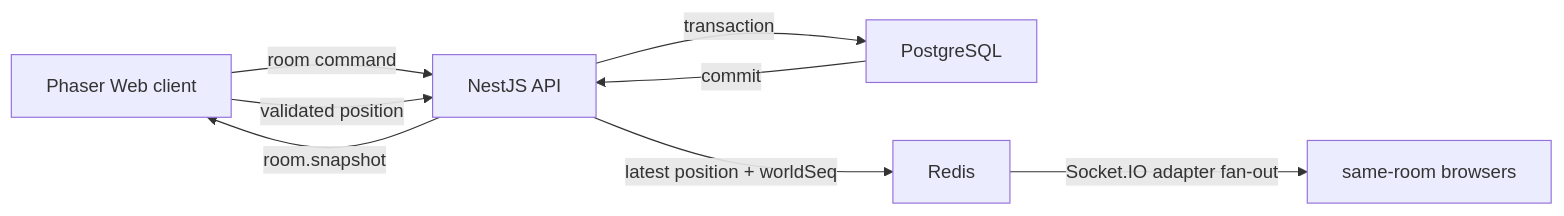
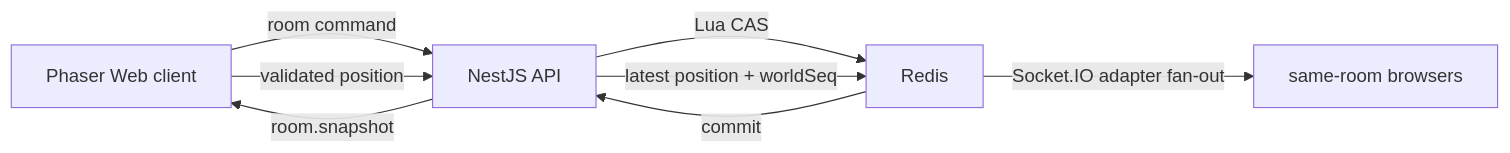
One commit to icecokel/VSCoke changed the second of 2 diagrams in docs/poke-lounge-game-concept.md. Above: the diagram before and after it, drawn with Mermaid. The commit also changed other lines of this file and 42 other files, not shown here.

````diff
--- a/docs/poke-lounge-game-concept.md
+++ b/docs/poke-lounge-game-concept.md
@@ -85,10 +85,10 @@
 ```mermaid
 flowchart LR
   Web["Phaser Web client"] -->|"room command"| API["NestJS API"]
-  API -->|"transaction"| DB["PostgreSQL"]
-  DB -->|"commit"| API
+  API -->|"Lua CAS"| Redis["Redis"]
+  Redis -->|"commit"| API
   API -->|"room.snapshot"| Web
   Web -->|"validated position"| API
-  API -->|"latest position + worldSeq"| Redis["Redis"]
+  API -->|"latest position + worldSeq"| Redis
   Redis -->|"Socket.IO adapter fan-out"| Peer["same-room browsers"]
 ```
````
